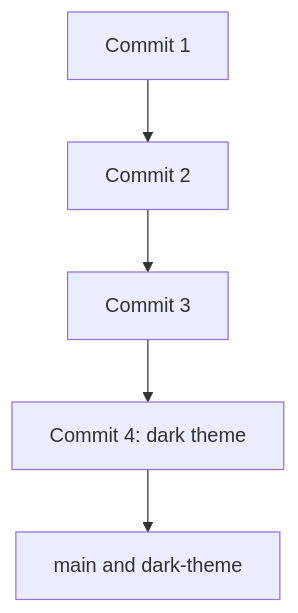
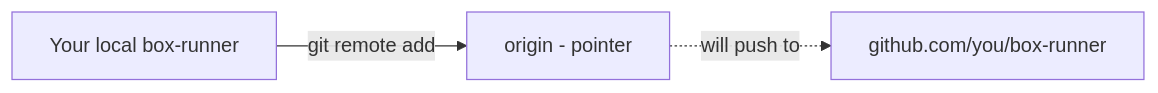
Before and after one commit to vedanta/box-runner: the diagram in docs/architecture.md, drawn with Mermaid. The commit also changed other lines of this file and 7 other files, not shown here.

````diff
--- a/docs/architecture.md
+++ b/docs/architecture.md
@@ -16,7 +21,5 @@
 ```mermaid
-flowchart TD
-  A[Commit 1] --> B[Commit 2]
-  B --> C[Commit 3]
-  C --> D[Commit 4: dark theme]
-  D --> M[main and dark-theme]
+flowchart LR
+  A[Your local box-runner] -- git remote add --> B[origin - pointer]
+  B -. will push to .-> C[github.com/you/box-runner]
 ```
````
